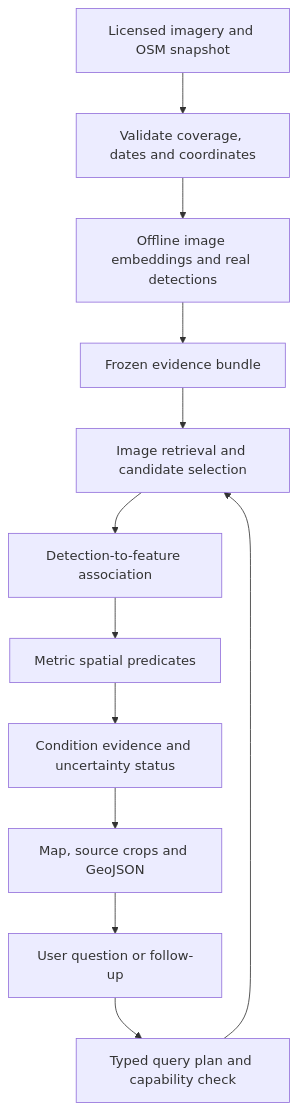
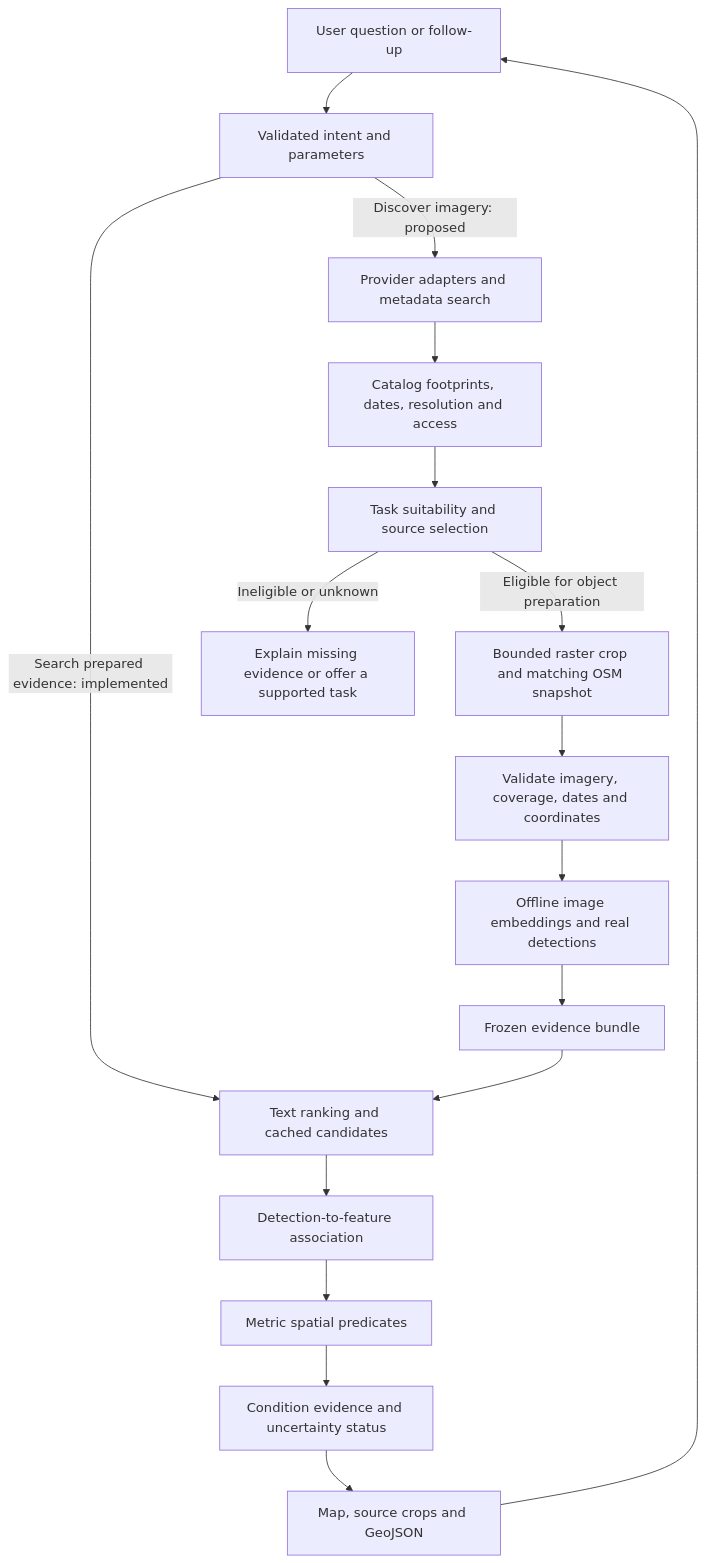
Before and after one commit to tanishkaphad/TerraLens: the diagram in workflow.md, drawn with Mermaid. The commit also changed other lines of this file, not shown here.

Commit message:
Update workflow with imagery providers and current progress

````diff
--- a/workflow.md
+++ b/workflow.md
@@ -111,14 +131,19 @@
 ```mermaid
 flowchart TD
-    A[Licensed imagery and OSM snapshot] --> B[Validate coverage, dates and coordinates]
-    B --> C[Offline image embeddings and real detections]
+    U[User question or follow-up] --> P[Validated intent and parameters]
+    P -->|Search prepared evidence: implemented| R[Text ranking and cached candidates]
+    P -->|Discover imagery: proposed| S[Provider adapters and metadata search]
+    S --> K[Catalog footprints, dates, resolution and access]
+    K --> T[Task suitability and source selection]
+    T -->|Eligible for object preparation| B[Bounded raster crop and matching OSM snapshot]
+    T -->|Ineligible or unknown| N[Explain missing evidence or offer a supported task]
+    B --> V[Validate imagery, coverage, dates and coordinates]
+    V --> C[Offline image embeddings and real detections]
     C --> D[Frozen evidence bundle]
-    U[User question or follow-up] --> P[Typed query plan and capability check]
-    P --> R[Image retrieval and candidate selection]
     D --> R
     R --> I[Detection-to-feature association]
     I --> G[Metric spatial predicates]
     G --> E[Condition evidence and uncertainty status]
     E --> O[Map, source crops and GeoJSON]
     O --> U
 ```
````
